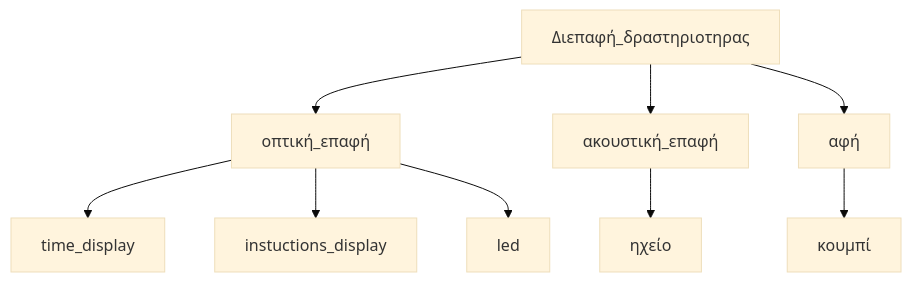
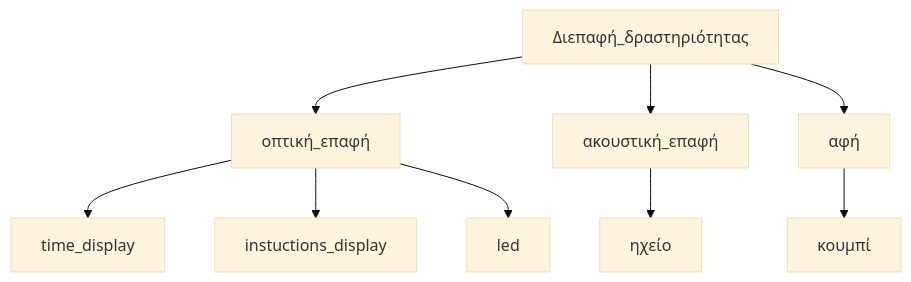
One commit to Ebabouraki/Interaction-Design-Project-Assignment changed the fourth of 4 diagrams in our_report/README.md. Above: the diagram before and after it, drawn with Mermaid (base theme).

````diff
--- a/our_report/README.md
+++ b/our_report/README.md
@@ -240,12 +240,12 @@
 ```mermaid
   graph TD;
-       Διεπαφή_δραστηριοτηρας --> οπτική_επαφή;
-        Διεπαφή_δραστηριοτηρας --> ακουστική_επαφή;
-         Διεπαφή_δραστηριοτηρας --> αφή;
+       Διεπαφή_δραστηριότητας --> οπτική_επαφή;
+        Διεπαφή_δραστηριότητας --> ακουστική_επαφή;
+         Διεπαφή_δραστηριότητας --> αφή;
       οπτική_επαφή --> time_display;
       οπτική_επαφή --> instuctions_display;
       οπτική_επαφή -->led;
       ακουστική_επαφή --> ηχείο;
       αφή --> κουμπί;
       
 ```
````
